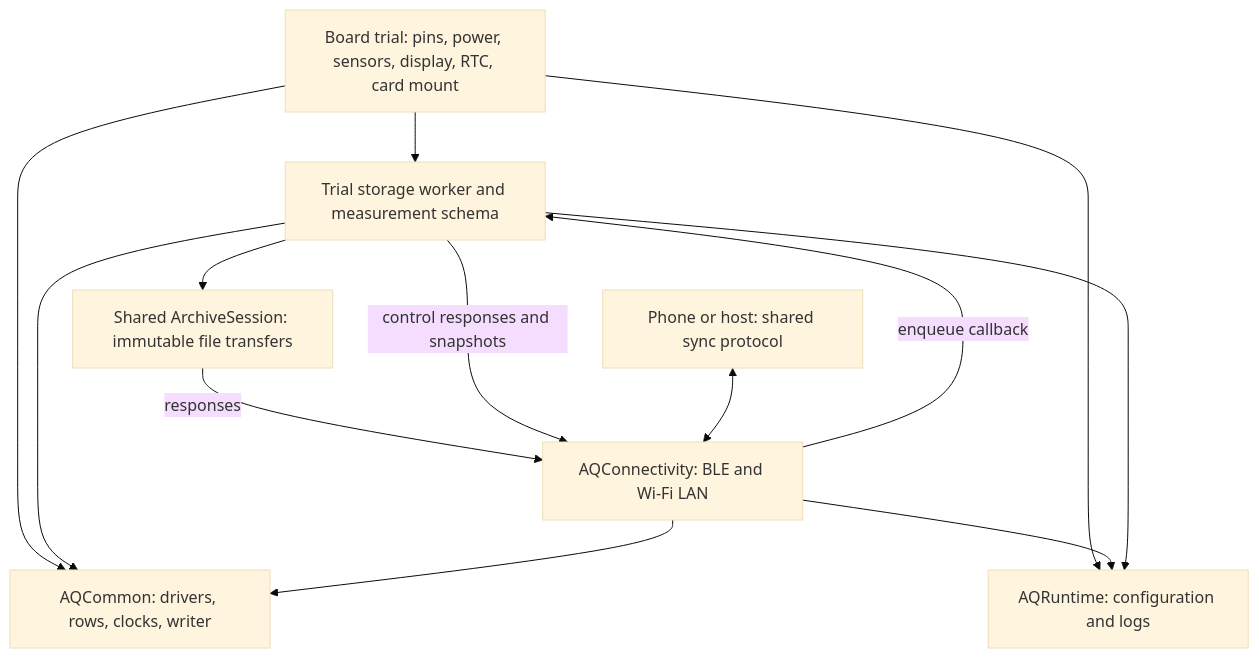
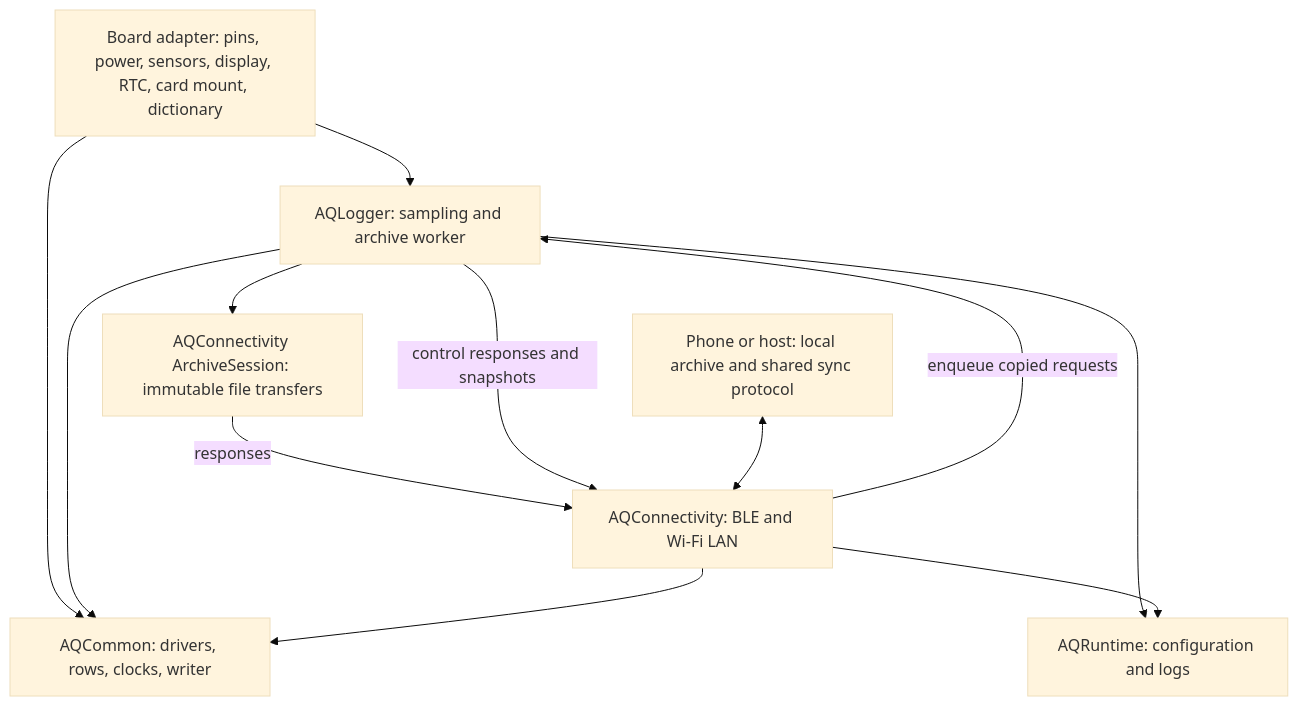
The diagram in firmware/common/README.md (walkthru-earth/aq-parquet), drawn with Mermaid (base theme) before and after one commit. The commit also changed other lines of this file and 2 other files, not shown here.

First line of the commit message:
docs(architecture): document four reusable libraries and board-owned adapters

````diff
--- a/firmware/common/README.md
+++ b/firmware/common/README.md
@@ -21,15 +24,14 @@
 ```mermaid
 flowchart TD
-  Board[Board trial: pins, power, sensors, display, RTC, card mount] --> Worker[Trial storage worker and measurement schema]
+  Board[Board adapter: pins, power, sensors, display, RTC, card mount, dictionary] --> Logger[AQLogger: sampling and archive worker]
   Board --> Base[AQCommon: drivers, rows, clocks, writer]
-  Board --> Runtime[AQRuntime: configuration and logs]
-  Worker --> Base
-  Radio[AQConnectivity: BLE and Wi-Fi LAN] -->|enqueue callback| Worker
-  Worker --> Archive[Shared ArchiveSession: immutable file transfers]
+  Logger --> Base
+  Logger --> Runtime[AQRuntime: configuration and logs]
+  Radio[AQConnectivity: BLE and Wi-Fi LAN] -->|enqueue copied requests| Logger
+  Logger --> Archive[AQConnectivity ArchiveSession: immutable file transfers]
   Archive -->|responses| Radio
-  Worker -->|control responses and snapshots| Radio
+  Logger -->|control responses and snapshots| Radio
   Radio --> Base
   Radio --> Runtime
-  Worker --> Runtime
-  Phone[Phone or host: shared sync protocol] <--> Radio
+  Phone[Phone or host: local archive and shared sync protocol] <--> Radio
 ```
````
